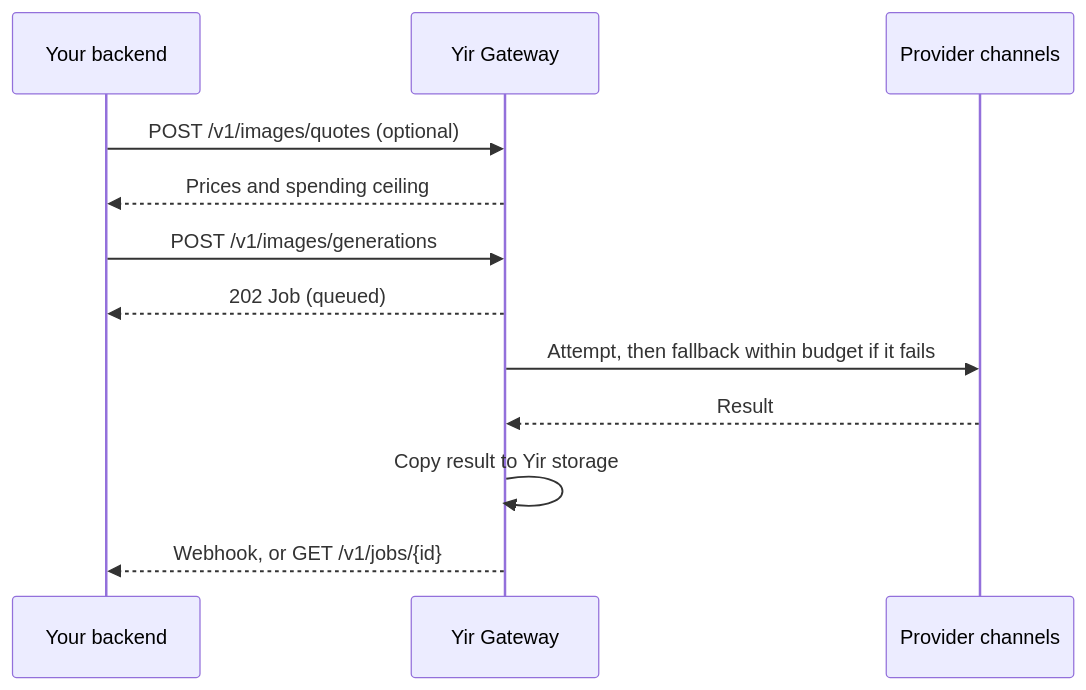
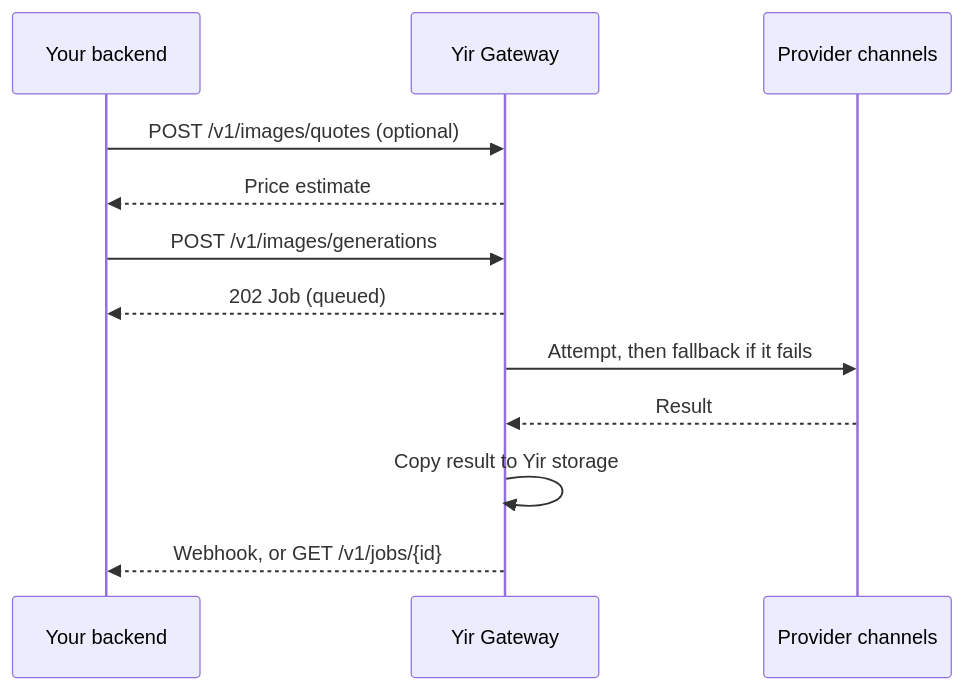
One commit to yir-ai/docs changed the diagram in docs/index.mdx. Above: the diagram before and after it, drawn with Mermaid. The commit also changed other lines of this file and 27 other files, not shown here.

````diff
--- a/docs/index.mdx
+++ b/docs/index.mdx
@@ -27,14 +27,14 @@
 ```mermaid
 sequenceDiagram
   participant App as Your backend
   participant Yir as Yir Gateway
   participant P as Provider channels
   App->>Yir: POST /v1/images/quotes (optional)
-  Yir-->>App: Prices and spending ceiling
+  Yir-->>App: Price estimate
   App->>Yir: POST /v1/images/generations
   Yir-->>App: 202 Job (queued)
-  Yir->>P: Attempt, then fallback within budget if it fails
+  Yir->>P: Attempt, then fallback if it fails
   P-->>Yir: Result
   Yir->>Yir: Copy result to Yir storage
   Yir-->>App: Webhook, or GET /v1/jobs/{id}
 ```
````
